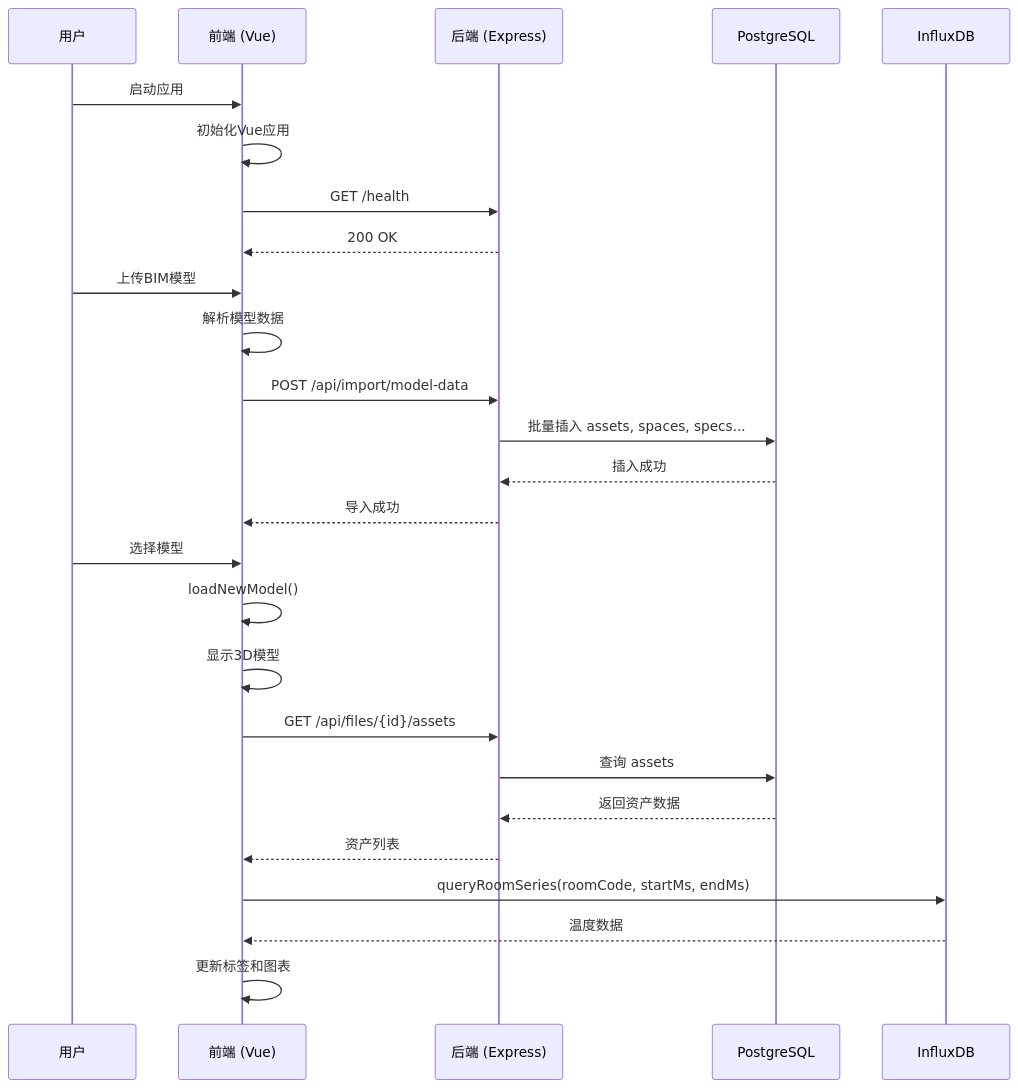
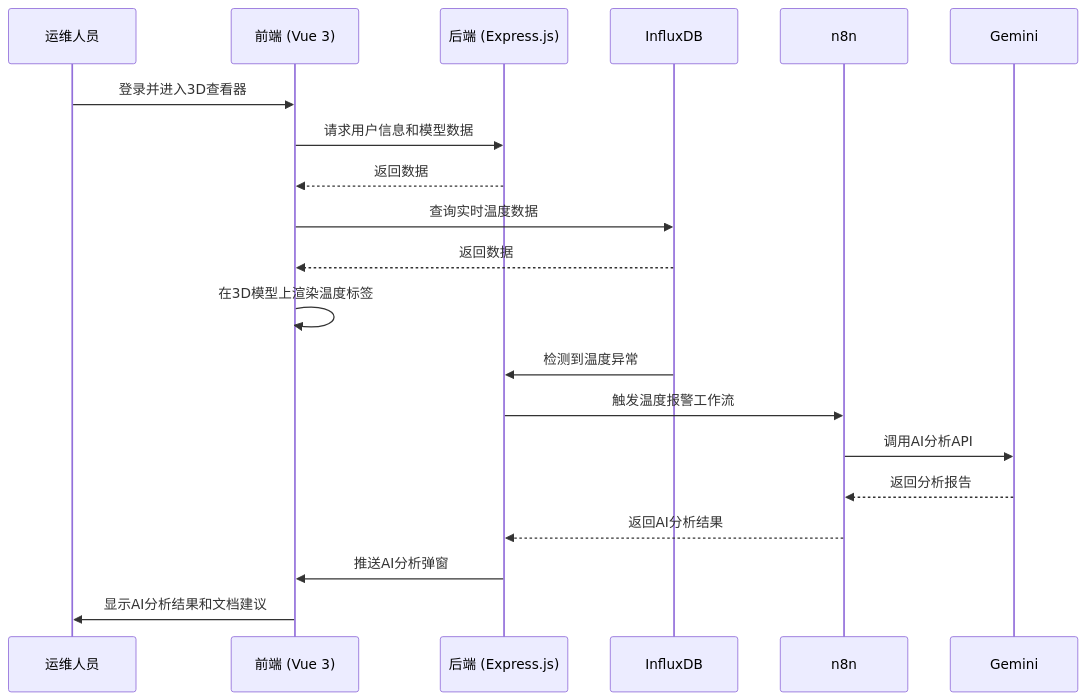
Before and after one commit to ideeinfo/TwinSight: the second of 2 diagrams in .qoder/repowiki/zh/content/系统概述.md, drawn with Mermaid. The commit also changed other lines of this file and 227 other files, not shown here.

````diff
--- a/.qoder/repowiki/zh/content/系统概述.md
+++ b/.qoder/repowiki/zh/content/系统概述.md
@@ -106,28 +124,22 @@
 ```mermaid
 sequenceDiagram
-participant User as 用户
-participant Frontend as 前端 (Vue)
-participant Backend as 后端 (Express)
-participant DB as PostgreSQL
-participant Influx as InfluxDB
-User->>Frontend : 启动应用
-Frontend->>Frontend : 初始化Vue应用
-Frontend->>Backend : GET /health
-Backend-->>Frontend : 200 OK
-User->>Frontend : 上传BIM模型
-Frontend->>Frontend : 解析模型数据
-Frontend->>Backend : POST /api/import/model-data
-Backend->>DB : 批量插入 assets, spaces, specs...
-DB-->>Backend : 插入成功
-Backend-->>Frontend : 导入成功
-User->>Frontend : 选择模型
-Frontend->>Frontend : loadNewModel()
-Frontend->>Frontend : 显示3D模型
-Frontend->>Backend : GET /api/files/{id}/assets
-Backend->>DB : 查询 assets
-DB-->>Backend : 返回资产数据
-Backend-->>Frontend : 资产列表
-Frontend->>Influx : queryRoomSeries(roomCode, startMs, endMs)
-Influx-->>Frontend : 温度数据
-Frontend->>Frontend : 更新标签和图表
+participant 运维人员 as 运维人员
+participant 前端 as 前端 (Vue 3)
+participant 后端 as 后端 (Express.js)
+participant InfluxDB as InfluxDB
+participant n8n as n8n
+participant Gemini as Gemini
+运维人员->>前端 : 登录并进入3D查看器
+前端->>后端 : 请求用户信息和模型数据
+后端-->>前端 : 返回数据
+前端->>InfluxDB : 查询实时温度数据
+InfluxDB-->>前端 : 返回数据
+前端->>前端 : 在3D模型上渲染温度标签
+InfluxDB->>后端 : 检测到温度异常
+后端->>n8n : 触发温度报警工作流
+n8n->>Gemini : 调用AI分析API
+Gemini-->>n8n : 返回分析报告
+n8n-->>后端 : 返回AI分析结果
+后端->>前端 : 推送AI分析弹窗
+前端->>运维人员 : 显示AI分析结果和文档建议
 ```
````
